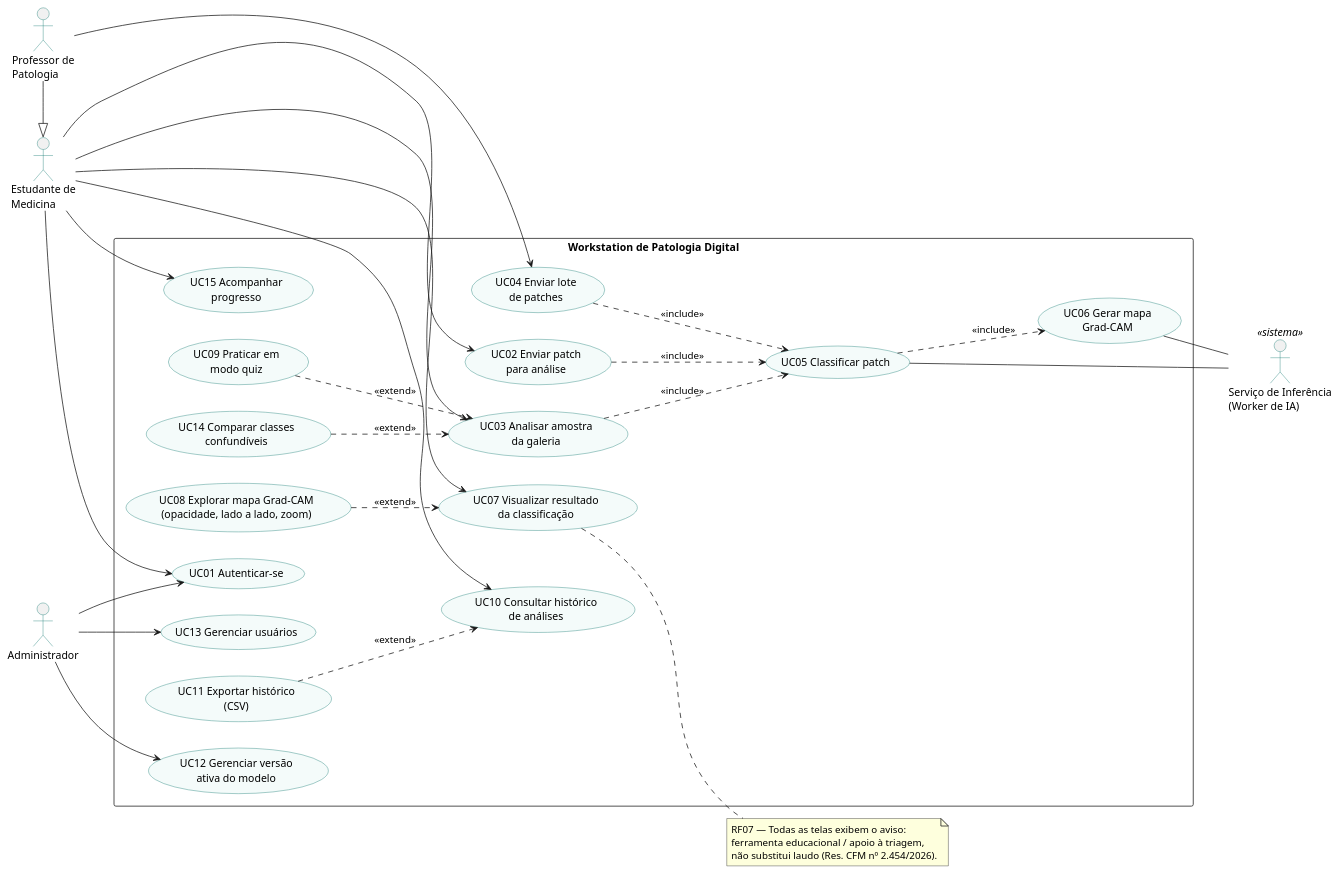
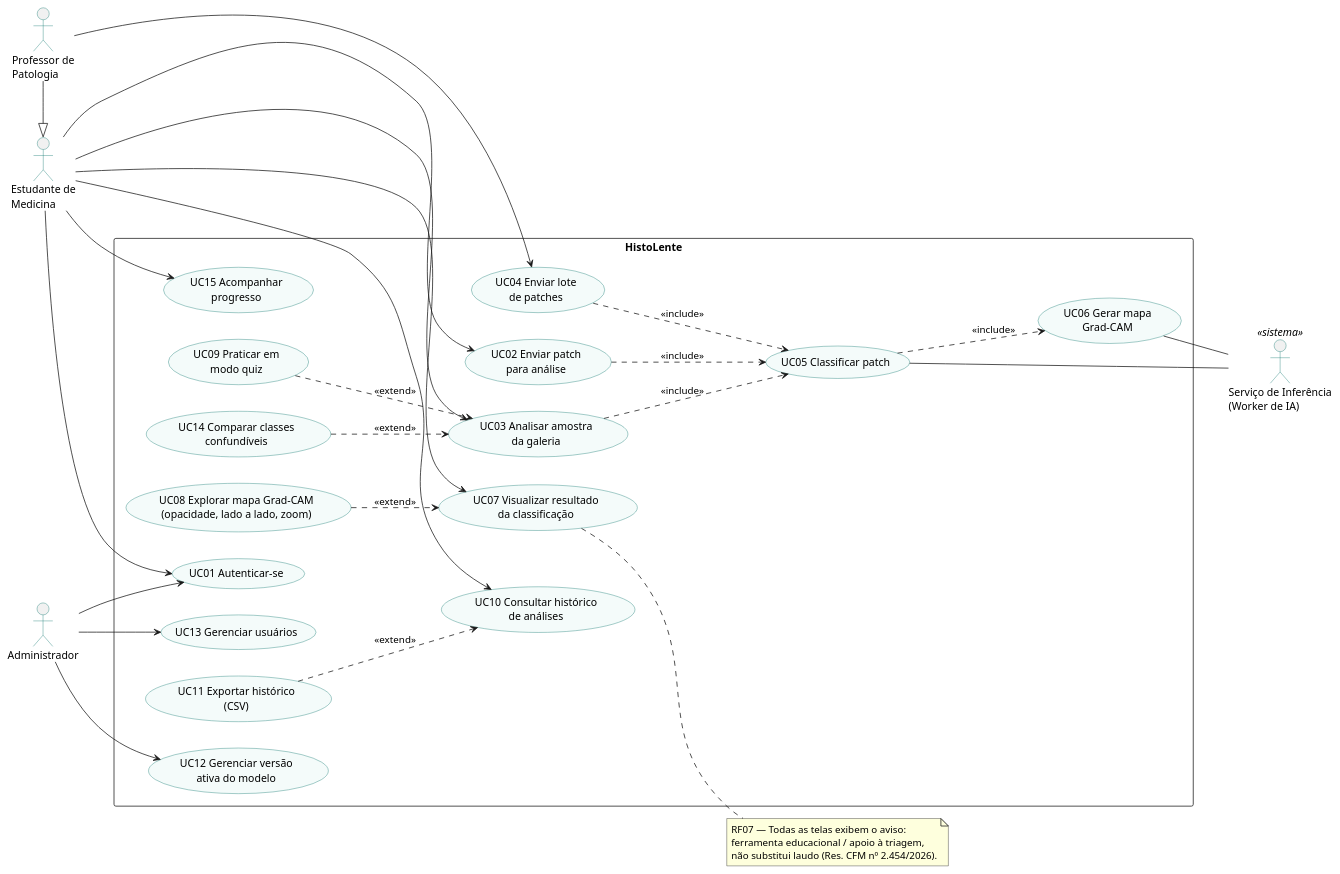
Before and after one commit to Umizin/histolente: the diagram in docs/engenharia-requisitos/casos-de-uso.puml, drawn with PlantUML. The commit also changed 12 other files, not shown here.

First line of the commit message:
chore: adota o nome HistoLente para a ferramenta

```diff
--- a/docs/engenharia-requisitos/casos-de-uso.puml
+++ b/docs/engenharia-requisitos/casos-de-uso.puml
@@ -1,66 +1,66 @@
 @startuml casos-de-uso
-' Diagrama de Casos de Uso — Workstation de Patologia Digital (TCC UVS 2026)
+' Diagrama de Casos de Uso — HistoLente (TCC UVS 2026)
 ' Renderizar: extensão "PlantUML" do VS Code (Alt+D) ou java -jar plantuml.jar casos-de-uso.puml
 left to right direction
 skinparam packageStyle rectangle
 skinparam shadowing false
 skinparam usecase {
   BackgroundColor #F4FBFA
   BorderColor #0F766E
 }
 skinparam actorBorderColor #0F766E
 
 actor "Estudante de\nMedicina" as EST
 actor "Professor de\nPatologia" as PROF
 actor "Administrador" as ADM
 actor "Serviço de Inferência\n(Worker de IA)" as WK <<sistema>>
 
 PROF -|> EST
 
-rectangle "Workstation de Patologia Digital" {
+rectangle "HistoLente" {
   usecase "UC01 Autenticar-se" as UC01
   usecase "UC02 Enviar patch\npara análise" as UC02
   usecase "UC03 Analisar amostra\nda galeria" as UC03
   usecase "UC04 Enviar lote\nde patches" as UC04
   usecase "UC05 Classificar patch" as UC05
   usecase "UC06 Gerar mapa\nGrad-CAM" as UC06
   usecase "UC07 Visualizar resultado\nda classificação" as UC07
   usecase "UC08 Explorar mapa Grad-CAM\n(opacidade, lado a lado, zoom)" as UC08
   usecase "UC09 Praticar em\nmodo quiz" as UC09
   usecase "UC10 Consultar histórico\nde análises" as UC10
   usecase "UC11 Exportar histórico\n(CSV)" as UC11
   usecase "UC12 Gerenciar versão\nativa do modelo" as UC12
   usecase "UC13 Gerenciar usuários" as UC13
   usecase "UC14 Comparar classes\nconfundíveis" as UC14
   usecase "UC15 Acompanhar\nprogresso" as UC15
 }
 
 EST --> UC01
 EST --> UC02
 EST --> UC03
 EST --> UC07
 EST --> UC10
 EST --> UC15
 UC14 ..> UC03 : <<extend>>
 PROF --> UC04
 ADM --> UC01
 ADM --> UC12
 ADM --> UC13
 
 UC02 ..> UC05 : <<include>>
 UC03 ..> UC05 : <<include>>
 UC04 ..> UC05 : <<include>>
 UC05 ..> UC06 : <<include>>
 UC05 -- WK
 UC06 -- WK
 
 UC08 ..> UC07 : <<extend>>
 UC09 ..> UC03 : <<extend>>
 UC11 ..> UC10 : <<extend>>
 
 note right of UC07
   RF07 — Todas as telas exibem o aviso:
   ferramenta educacional / apoio à triagem,
   não substitui laudo (Res. CFM nº 2.454/2026).
 end note
 @enduml
```
